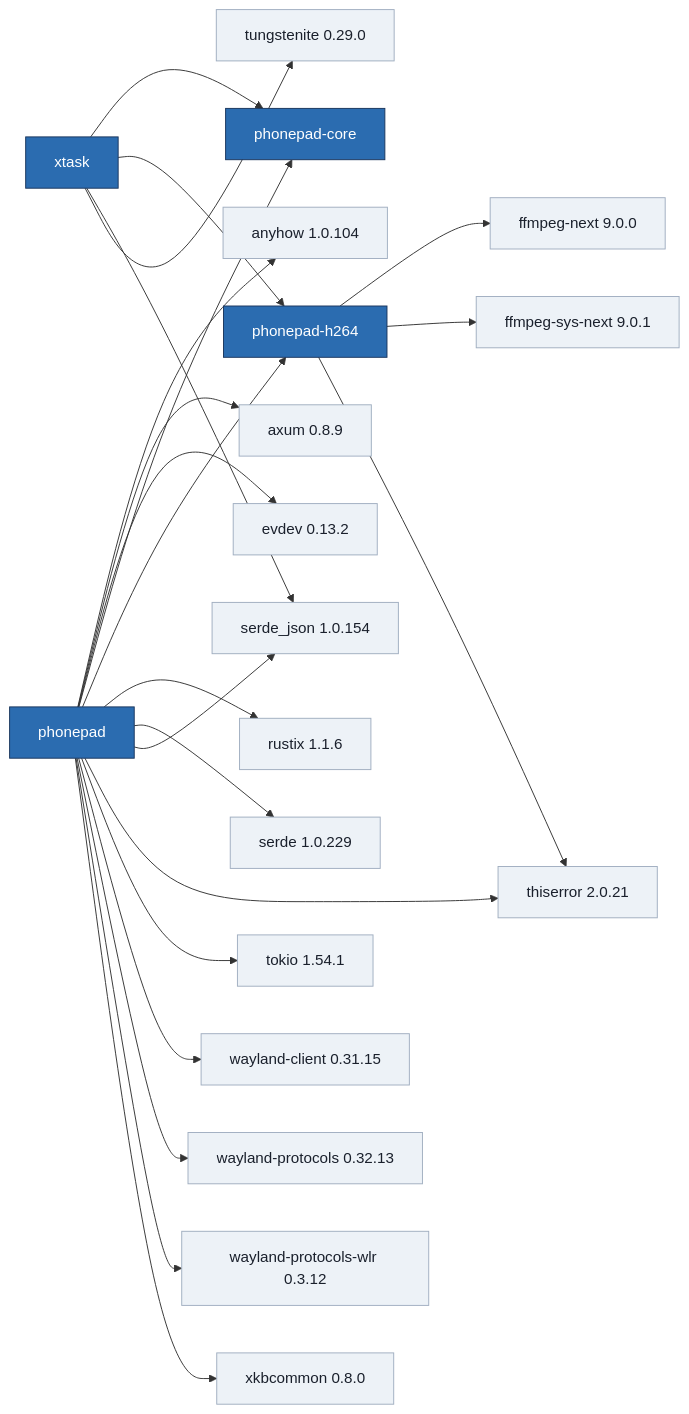
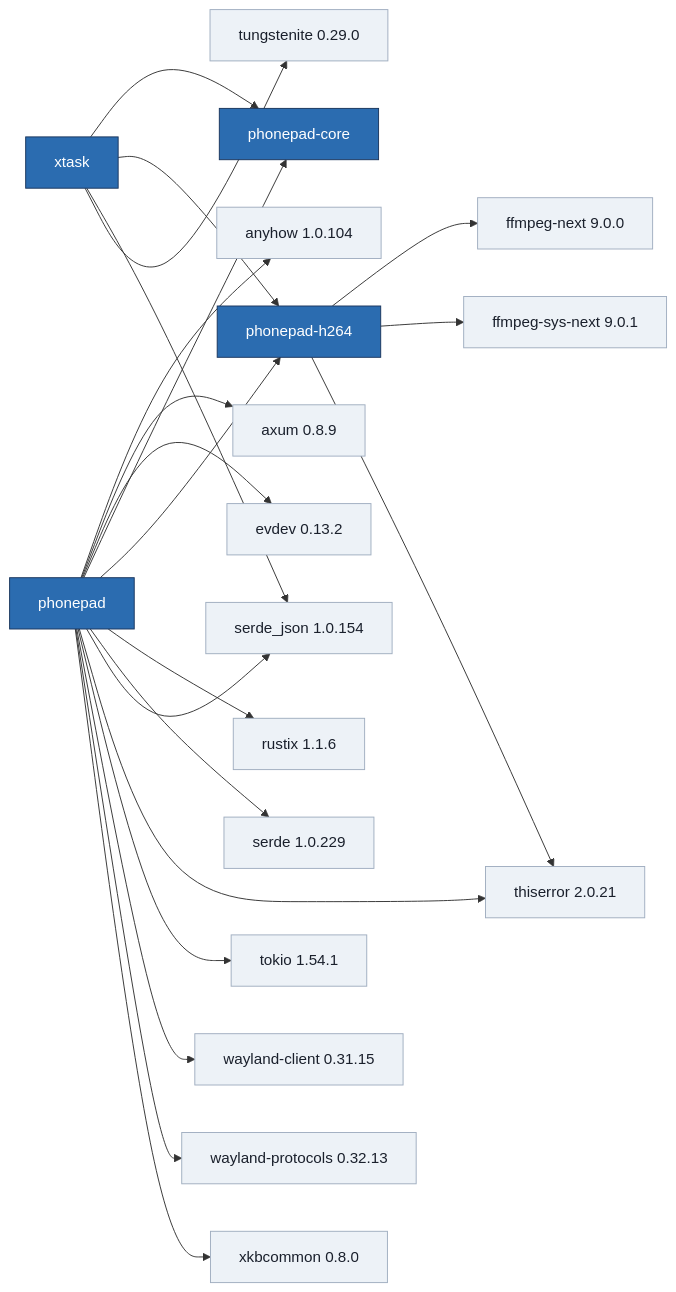
Before and after one commit to igouss/phonepad: the diagram in docs/views/crate-graph.mmd, drawn with Mermaid. The commit also changed 7 other files, not shown here.

```diff
--- a/docs/views/crate-graph.mmd
+++ b/docs/views/crate-graph.mmd
@@ -1,43 +1,41 @@
 flowchart LR
   classDef workspace fill:#2b6cb0,stroke:#1a365d,color:#ffffff
   classDef external fill:#edf2f7,stroke:#a0aec0,color:#1a202c
   c_phonepad["phonepad"]:::workspace
   c_phonepad_core["phonepad-core"]:::workspace
   c_phonepad_h264["phonepad-h264"]:::workspace
   c_xtask["xtask"]:::workspace
   c_anyhow_1_0_104["anyhow 1.0.104"]:::external
   c_axum_0_8_9["axum 0.8.9"]:::external
   c_evdev_0_13_2["evdev 0.13.2"]:::external
   c_ffmpeg_next_9_0_0["ffmpeg-next 9.0.0"]:::external
   c_ffmpeg_sys_next_9_0_1["ffmpeg-sys-next 9.0.1"]:::external
   c_rustix_1_1_6["rustix 1.1.6"]:::external
   c_serde_1_0_229["serde 1.0.229"]:::external
   c_serde_json_1_0_154["serde_json 1.0.154"]:::external
   c_thiserror_2_0_21["thiserror 2.0.21"]:::external
   c_tokio_1_54_1["tokio 1.54.1"]:::external
   c_tungstenite_0_29_0["tungstenite 0.29.0"]:::external
   c_wayland_client_0_31_15["wayland-client 0.31.15"]:::external
   c_wayland_protocols_0_32_13["wayland-protocols 0.32.13"]:::external
-  c_wayland_protocols_wlr_0_3_12["wayland-protocols-wlr 0.3.12"]:::external
   c_xkbcommon_0_8_0["xkbcommon 0.8.0"]:::external
   c_phonepad --> c_anyhow_1_0_104
   c_phonepad --> c_axum_0_8_9
   c_phonepad --> c_evdev_0_13_2
   c_phonepad --> c_phonepad_core
   c_phonepad --> c_phonepad_h264
   c_phonepad --> c_rustix_1_1_6
   c_phonepad --> c_serde_1_0_229
   c_phonepad --> c_serde_json_1_0_154
   c_phonepad --> c_thiserror_2_0_21
   c_phonepad --> c_tokio_1_54_1
   c_phonepad --> c_wayland_client_0_31_15
   c_phonepad --> c_wayland_protocols_0_32_13
-  c_phonepad --> c_wayland_protocols_wlr_0_3_12
   c_phonepad --> c_xkbcommon_0_8_0
   c_phonepad_h264 --> c_ffmpeg_next_9_0_0
   c_phonepad_h264 --> c_ffmpeg_sys_next_9_0_1
   c_phonepad_h264 --> c_thiserror_2_0_21
   c_xtask --> c_phonepad_core
   c_xtask --> c_phonepad_h264
   c_xtask --> c_serde_json_1_0_154
   c_xtask --> c_tungstenite_0_29_0
```
